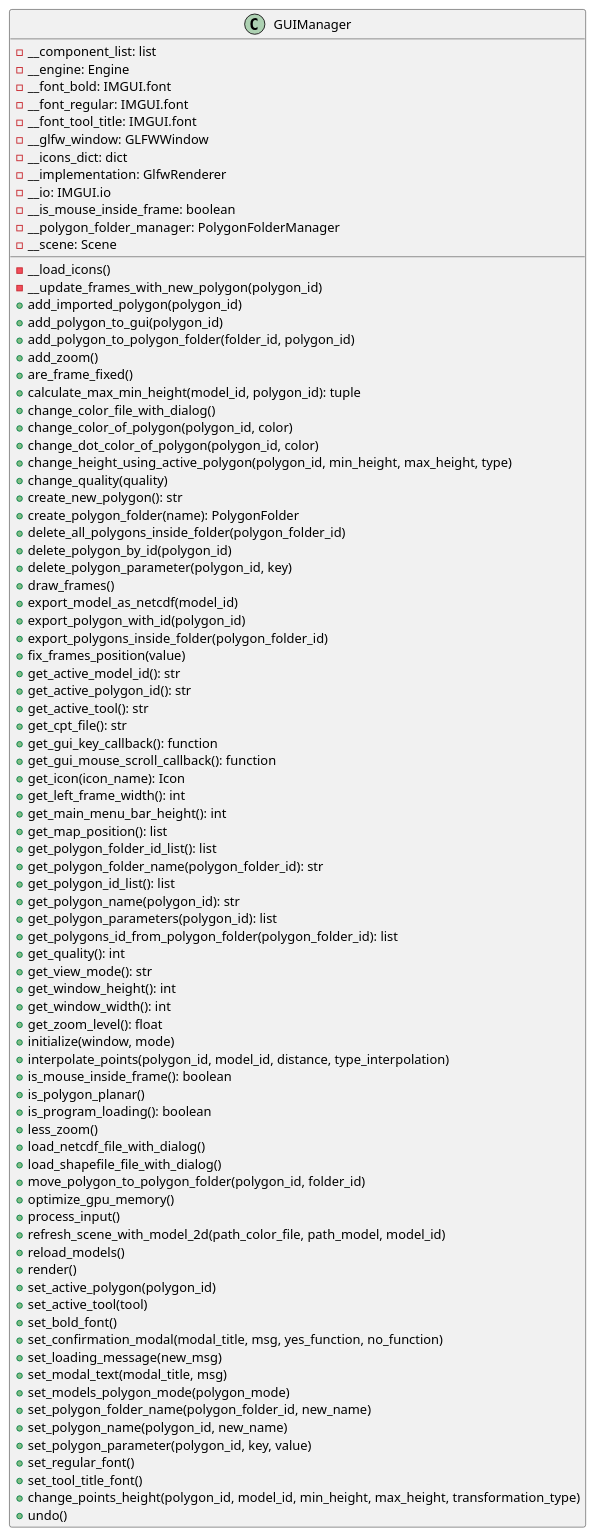
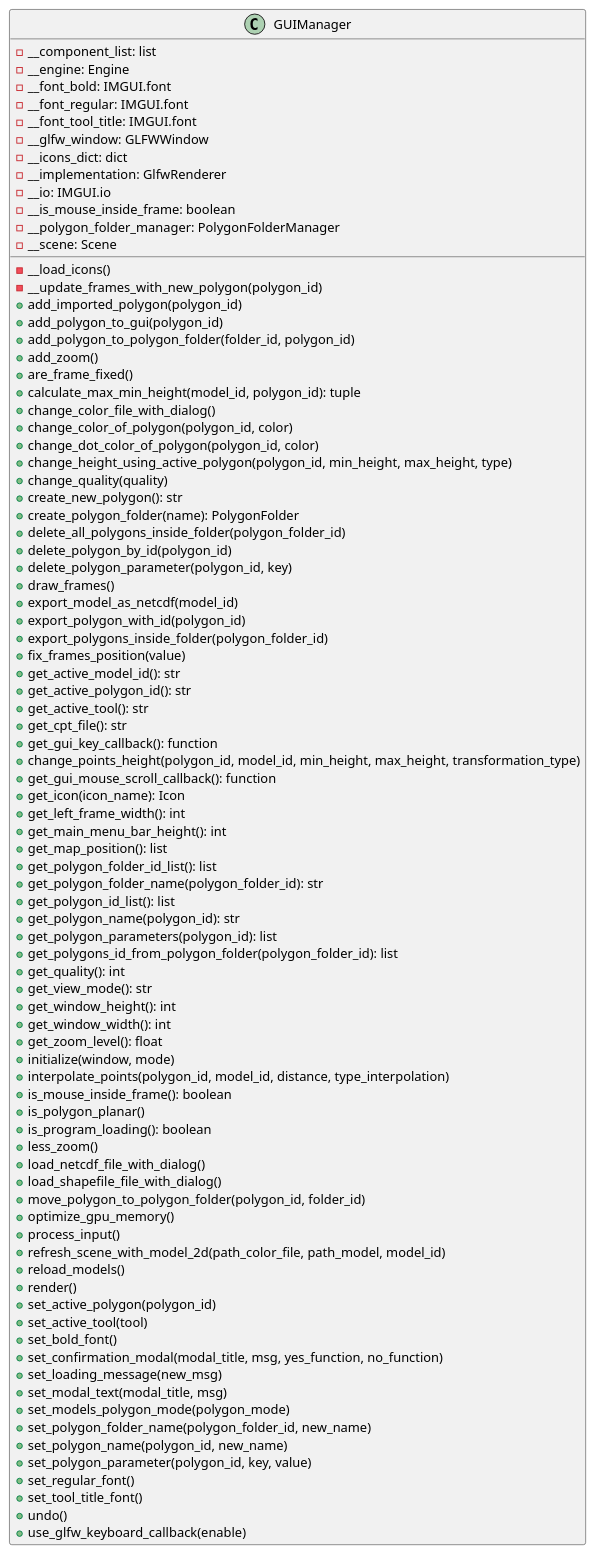
One commit to ferpoble2/Relief_Creator changed the diagram in docs/classes/GUIManager.puml. Above: the diagram before and after it, drawn with PlantUML. The commit also changed 1 other file, not shown here.

Commit message:
added method use_glfw_keyboard_callback to the guimanager

```diff
--- a/docs/classes/GUIManager.puml
+++ b/docs/classes/GUIManager.puml
@@ -1,90 +1,91 @@
 @startuml
 'https://plantuml.com/class-diagram
 class GUIManager{
     - __component_list: list
     - __engine: Engine
     - __font_bold: IMGUI.font
     - __font_regular: IMGUI.font
     - __font_tool_title: IMGUI.font
     - __glfw_window: GLFWWindow
     - __icons_dict: dict
     - __implementation: GlfwRenderer
     - __io: IMGUI.io
     - __is_mouse_inside_frame: boolean
     - __polygon_folder_manager: PolygonFolderManager
     - __scene: Scene
 
     - __load_icons()
     - __update_frames_with_new_polygon(polygon_id)
     + add_imported_polygon(polygon_id)
     + add_polygon_to_gui(polygon_id)
     + add_polygon_to_polygon_folder(folder_id, polygon_id)
     + add_zoom()
     + are_frame_fixed()
     + calculate_max_min_height(model_id, polygon_id): tuple
     + change_color_file_with_dialog()
     + change_color_of_polygon(polygon_id, color)
     + change_dot_color_of_polygon(polygon_id, color)
     + change_height_using_active_polygon(polygon_id, min_height, max_height, type)
     + change_quality(quality)
     + create_new_polygon(): str
     + create_polygon_folder(name): PolygonFolder
     + delete_all_polygons_inside_folder(polygon_folder_id)
     + delete_polygon_by_id(polygon_id)
     + delete_polygon_parameter(polygon_id, key)
     + draw_frames()
     + export_model_as_netcdf(model_id)
     + export_polygon_with_id(polygon_id)
     + export_polygons_inside_folder(polygon_folder_id)
     + fix_frames_position(value)
     + get_active_model_id(): str
     + get_active_polygon_id(): str
     + get_active_tool(): str
     + get_cpt_file(): str
     + get_gui_key_callback(): function
+    + change_points_height(polygon_id, model_id, min_height, max_height, transformation_type)
     + get_gui_mouse_scroll_callback(): function
     + get_icon(icon_name): Icon
     + get_left_frame_width(): int
     + get_main_menu_bar_height(): int
     + get_map_position(): list
     + get_polygon_folder_id_list(): list
     + get_polygon_folder_name(polygon_folder_id): str
     + get_polygon_id_list(): list
     + get_polygon_name(polygon_id): str
     + get_polygon_parameters(polygon_id): list
     + get_polygons_id_from_polygon_folder(polygon_folder_id): list
     + get_quality(): int
     + get_view_mode(): str
     + get_window_height(): int
     + get_window_width(): int
     + get_zoom_level(): float
     + initialize(window, mode)
     + interpolate_points(polygon_id, model_id, distance, type_interpolation)
     + is_mouse_inside_frame(): boolean
     + is_polygon_planar()
     + is_program_loading(): boolean
     + less_zoom()
     + load_netcdf_file_with_dialog()
     + load_shapefile_file_with_dialog()
     + move_polygon_to_polygon_folder(polygon_id, folder_id)
     + optimize_gpu_memory()
     + process_input()
     + refresh_scene_with_model_2d(path_color_file, path_model, model_id)
     + reload_models()
     + render()
     + set_active_polygon(polygon_id)
     + set_active_tool(tool)
     + set_bold_font()
     + set_confirmation_modal(modal_title, msg, yes_function, no_function)
     + set_loading_message(new_msg)
     + set_modal_text(modal_title, msg)
     + set_models_polygon_mode(polygon_mode)
     + set_polygon_folder_name(polygon_folder_id, new_name)
     + set_polygon_name(polygon_id, new_name)
     + set_polygon_parameter(polygon_id, key, value)
     + set_regular_font()
     + set_tool_title_font()
-    + change_points_height(polygon_id, model_id, min_height, max_height, transformation_type)
     + undo()
+    + use_glfw_keyboard_callback(enable)
 }
 @enduml
```
